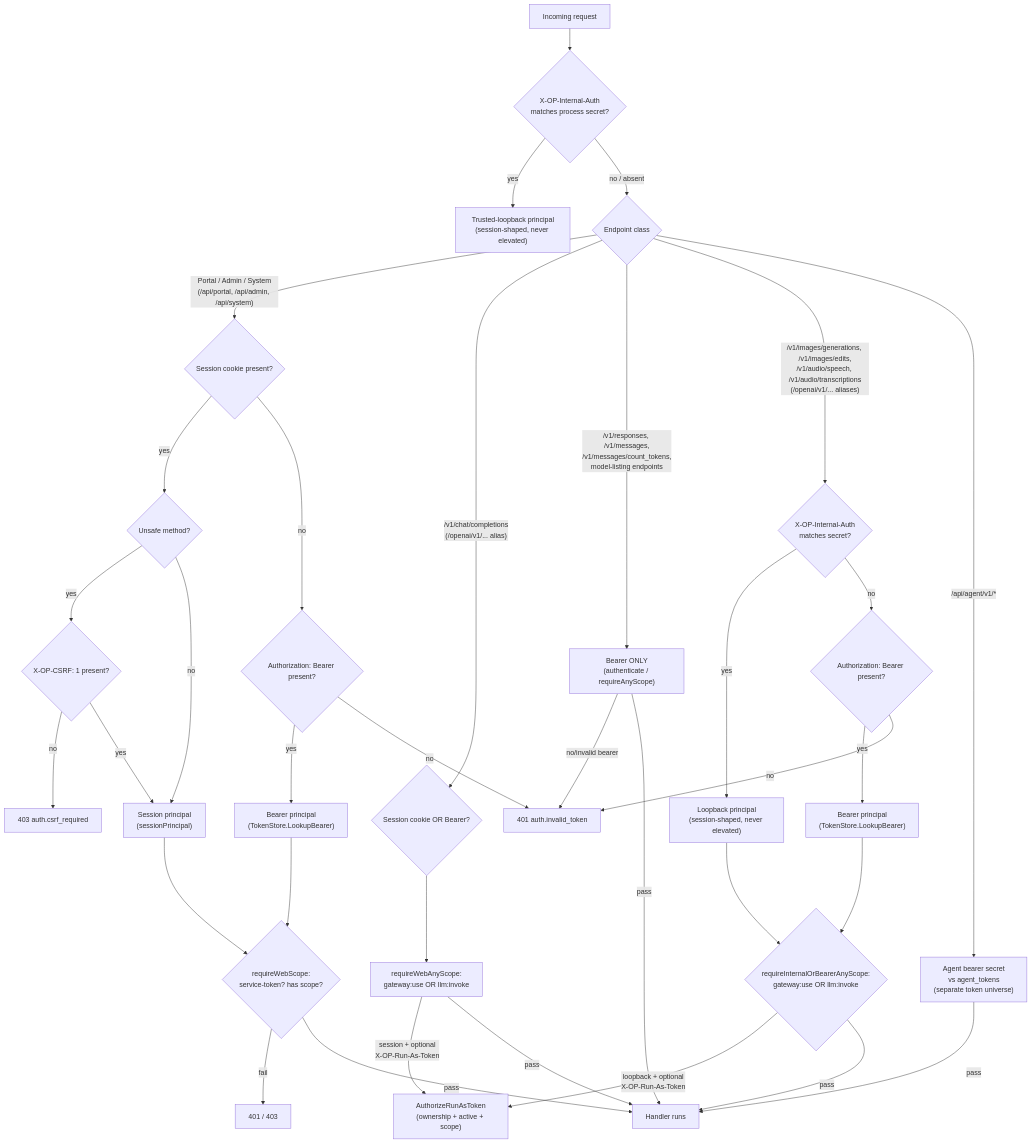
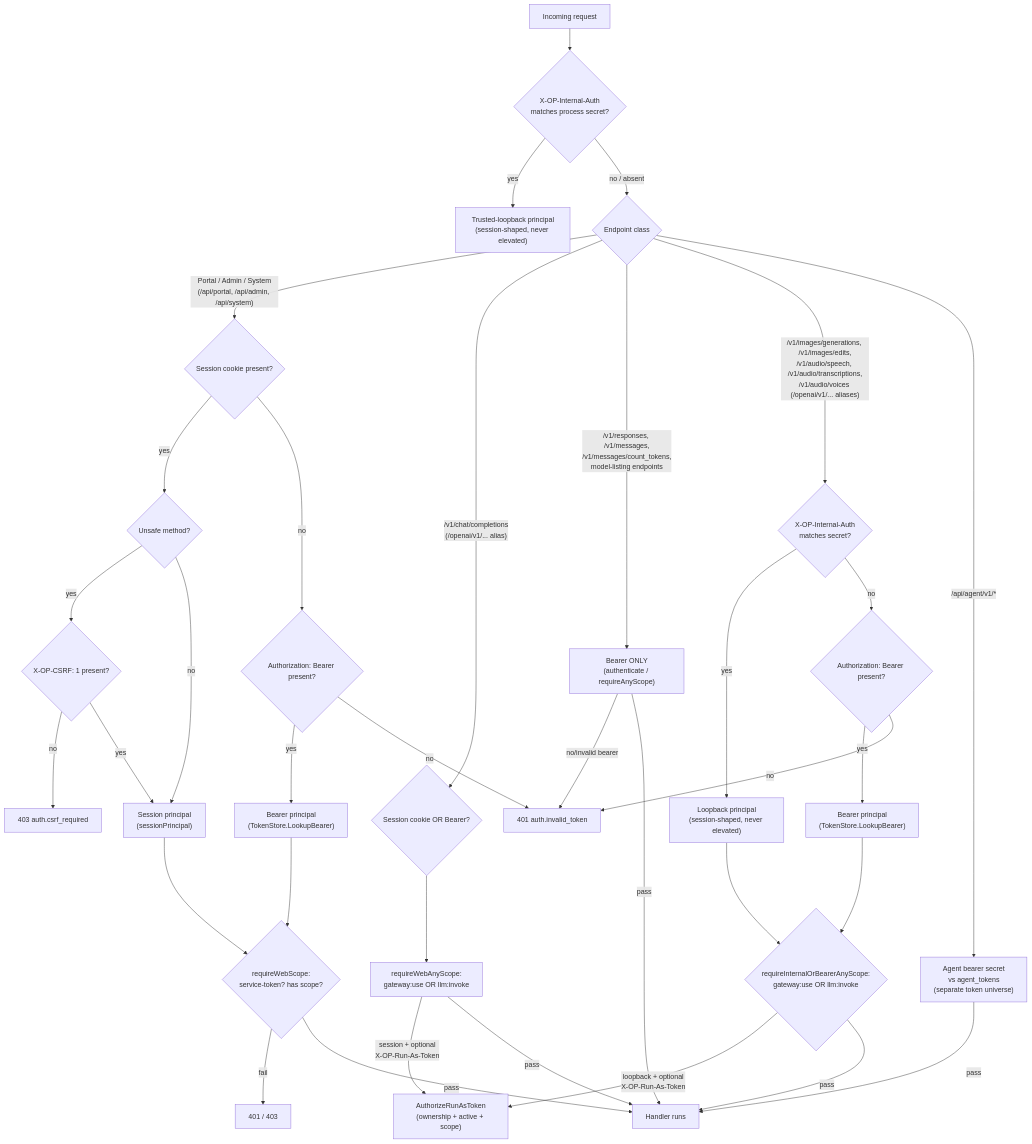
Before and after one commit to JLor08/op-ai-gateway: the first of 3 diagrams in docs/architecture/cross-cutting/security-auth-rbac.md, drawn with Mermaid. The commit also changed other lines of this file and 73 other files, not shown here.

````diff
--- a/docs/architecture/cross-cutting/security-auth-rbac.md
+++ b/docs/architecture/cross-cutting/security-auth-rbac.md
@@ -331,42 +334,42 @@
 ```mermaid
 flowchart TD
     A["Incoming request"] --> B{"X-OP-Internal-Auth\nmatches process secret?"}
     B -- yes --> C["Trusted-loopback principal\n(session-shaped, never elevated)"]
     B -- no / absent --> D{"Endpoint class"}
 
     D -- "Portal / Admin / System\n(/api/portal, /api/admin, /api/system)" --> E{"Session cookie present?"}
     E -- yes --> F{"Unsafe method?"}
     F -- yes --> G{"X-OP-CSRF: 1 present?"}
     G -- no --> X1["403 auth.csrf_required"]
     G -- yes --> H["Session principal\n(sessionPrincipal)"]
     F -- no --> H
     E -- no --> I{"Authorization: Bearer present?"}
     I -- yes --> J["Bearer principal\n(TokenStore.LookupBearer)"]
     I -- no --> X2["401 auth.invalid_token"]
     H --> K{"requireWebScope:\nservice-token? has scope?"}
     J --> K
     K -- fail --> X3["401 / 403"]
     K -- pass --> L["Handler runs"]
 
     D -- "/v1/chat/completions\n(/openai/v1/... alias)" --> M{"Session cookie OR Bearer?"}
     M --> N["requireWebAnyScope:\ngateway:use OR llm:invoke"]
     N -- "session + optional\nX-OP-Run-As-Token" --> O["AuthorizeRunAsToken\n(ownership + active + scope)"]
     N -- pass --> L
 
     D -- "/v1/responses, /v1/messages,\n/v1/messages/count_tokens,\nmodel-listing endpoints" --> P["Bearer ONLY\n(authenticate / requireAnyScope)"]
     P -- no/invalid bearer --> X2
     P -- pass --> L
 
-    D -- "/v1/images/generations, /v1/images/edits,\n/v1/audio/speech, /v1/audio/transcriptions\n(/openai/v1/... aliases)" --> R{"X-OP-Internal-Auth\nmatches secret?"}
+    D -- "/v1/images/generations, /v1/images/edits,\n/v1/audio/speech, /v1/audio/transcriptions,\n/v1/audio/voices (/openai/v1/... aliases)" --> R{"X-OP-Internal-Auth\nmatches secret?"}
     R -- yes --> S["Loopback principal\n(session-shaped, never elevated)"]
     R -- no --> T{"Authorization: Bearer present?"}
     T -- yes --> U["Bearer principal\n(TokenStore.LookupBearer)"]
     T -- no --> X2
     S --> V{"requireInternalOrBearerAnyScope:\ngateway:use OR llm:invoke"}
     U --> V
     V -- "loopback + optional\nX-OP-Run-As-Token" --> O
     V -- pass --> L
 
     D -- "/api/agent/v1/*" --> Q["Agent bearer secret\nvs agent_tokens\n(separate token universe)"]
     Q -- pass --> L
 ```
````
